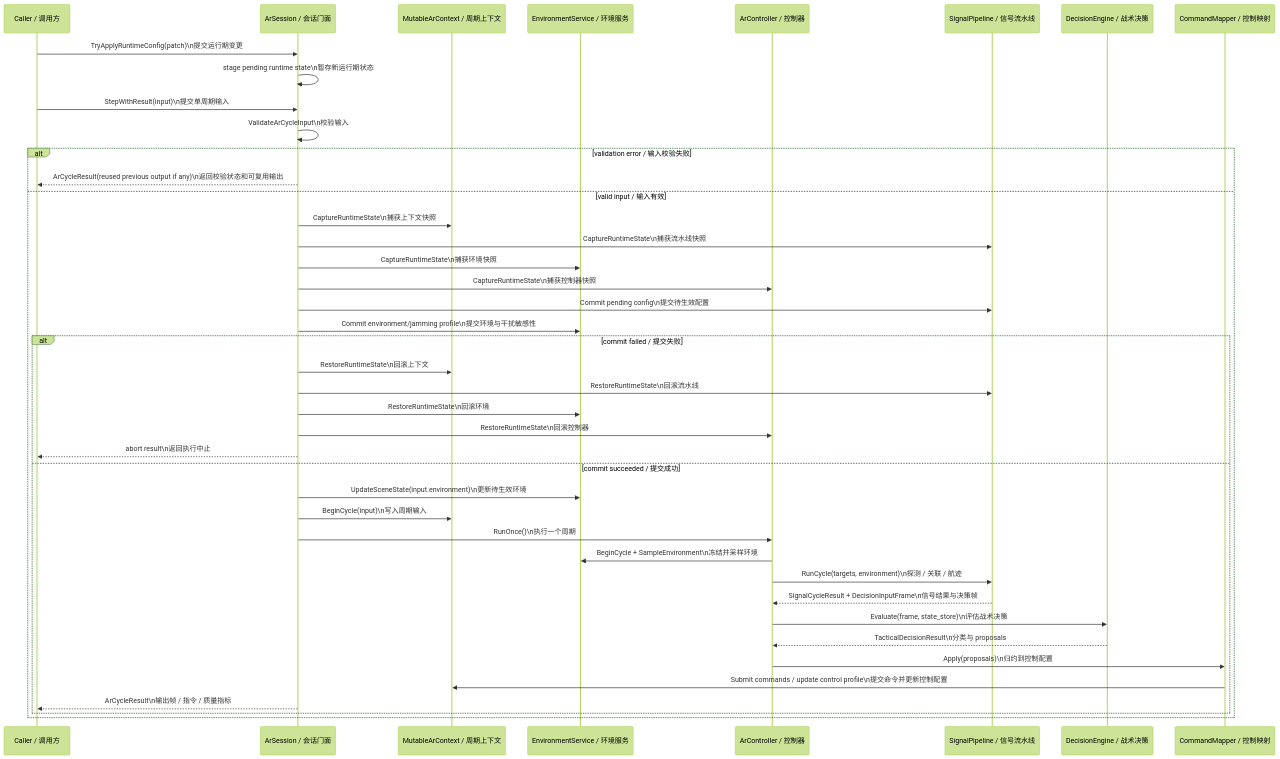
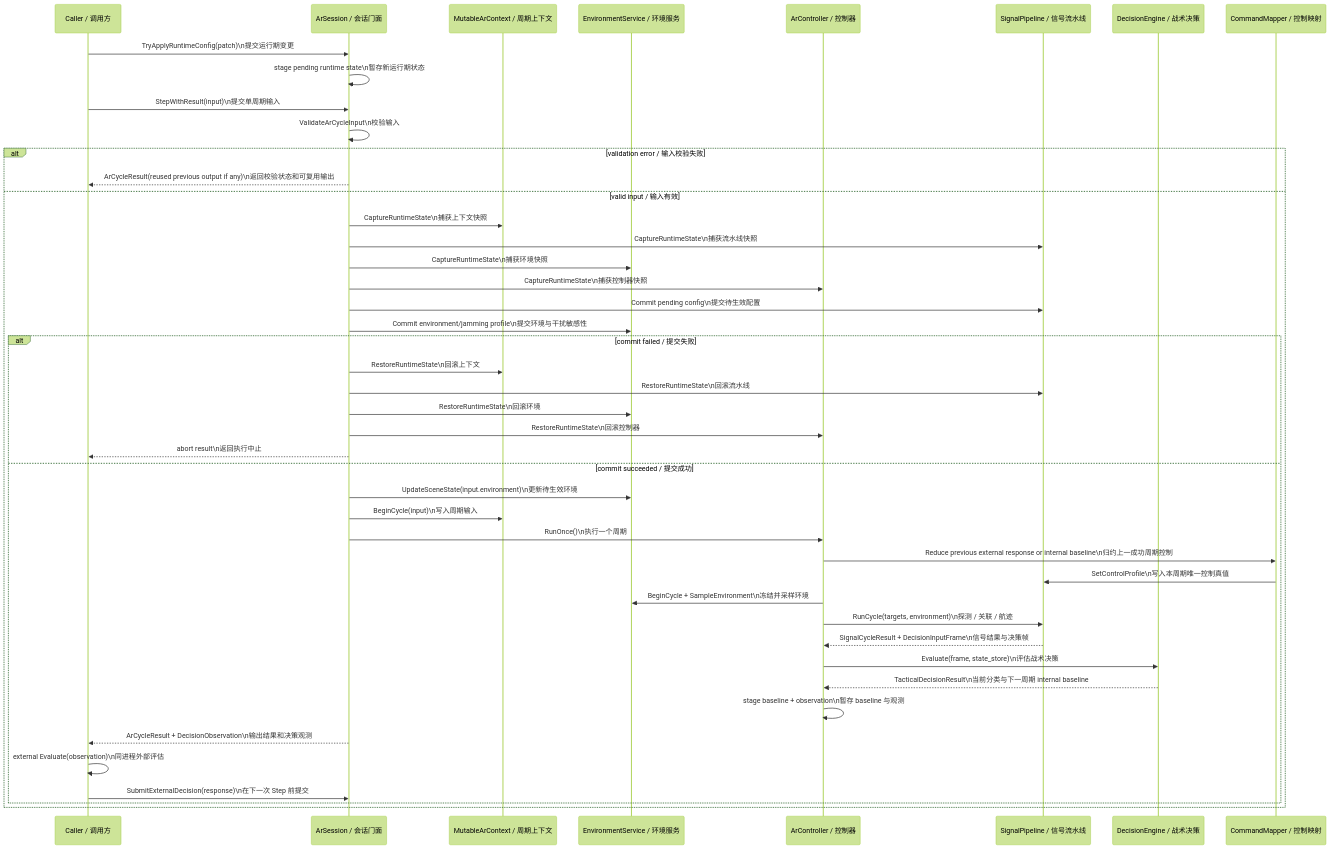
Before and after one commit to boilwater-3/1q: the second of 4 diagrams in docs/airborne_radar/design.md, drawn with Mermaid (forest theme). The commit also changed other lines of this file and 35 other files, not shown here.

Commit message:
feat(ar): add inter-cycle external decision loop

````diff
--- a/docs/airborne_radar/design.md
+++ b/docs/airborne_radar/design.md
@@ -145,46 +150,49 @@
 ```mermaid
 sequenceDiagram
   participant Caller as Caller / 调用方
   participant Session as ArSession / 会话门面
   participant Context as MutableArContext / 周期上下文
   participant Env as EnvironmentService / 环境服务
   participant Controller as ArController / 控制器
   participant Pipe as SignalPipeline / 信号流水线
   participant Decision as DecisionEngine / 战术决策
   participant Mapper as CommandMapper / 控制映射
 
   Caller->>Session: TryApplyRuntimeConfig(patch)\n提交运行期变更
   Session->>Session: stage pending runtime state\n暂存新运行期状态
 
   Caller->>Session: StepWithResult(input)\n提交单周期输入
   Session->>Session: ValidateArCycleInput\n校验输入
   alt validation error / 输入校验失败
     Session-->>Caller: ArCycleResult(reused previous output if any)\n返回校验状态和可复用输出
   else valid input / 输入有效
     Session->>Context: CaptureRuntimeState\n捕获上下文快照
     Session->>Pipe: CaptureRuntimeState\n捕获流水线快照
     Session->>Env: CaptureRuntimeState\n捕获环境快照
     Session->>Controller: CaptureRuntimeState\n捕获控制器快照
     Session->>Pipe: Commit pending config\n提交待生效配置
     Session->>Env: Commit environment/jamming profile\n提交环境与干扰敏感性
     alt commit failed / 提交失败
       Session->>Context: RestoreRuntimeState\n回滚上下文
       Session->>Pipe: RestoreRuntimeState\n回滚流水线
       Session->>Env: RestoreRuntimeState\n回滚环境
       Session->>Controller: RestoreRuntimeState\n回滚控制器
       Session-->>Caller: abort result\n返回执行中止
     else commit succeeded / 提交成功
       Session->>Env: UpdateSceneState(input.environment)\n更新待生效环境
       Session->>Context: BeginCycle(input)\n写入周期输入
       Session->>Controller: RunOnce()\n执行一个周期
+      Controller->>Mapper: Reduce previous external response or internal baseline\n归约上一成功周期控制
+      Mapper->>Pipe: SetControlProfile\n写入本周期唯一控制真值
       Controller->>Env: BeginCycle + SampleEnvironment\n冻结并采样环境
       Controller->>Pipe: RunCycle(targets, environment)\n探测 / 关联 / 航迹
       Pipe-->>Controller: SignalCycleResult + DecisionInputFrame\n信号结果与决策帧
       Controller->>Decision: Evaluate(frame, state_store)\n评估战术决策
-      Decision-->>Controller: TacticalDecisionResult\n分类与 proposals
-      Controller->>Mapper: Apply(proposals)\n归约到控制配置
-      Mapper->>Context: Submit commands / update control profile\n提交命令并更新控制配置
-      Session-->>Caller: ArCycleResult\n输出帧 / 指令 / 质量指标
+      Decision-->>Controller: TacticalDecisionResult\n当前分类与下一周期 internal baseline
+      Controller->>Controller: stage baseline + observation\n暂存 baseline 与观测
+      Session-->>Caller: ArCycleResult + DecisionObservation\n输出结果和决策观测
+      Caller->>Caller: external Evaluate(observation)\n同进程外部评估
+      Caller->>Session: SubmitExternalDecision(response)\n在下一次 Step 前提交
     end
   end
 ```
````
